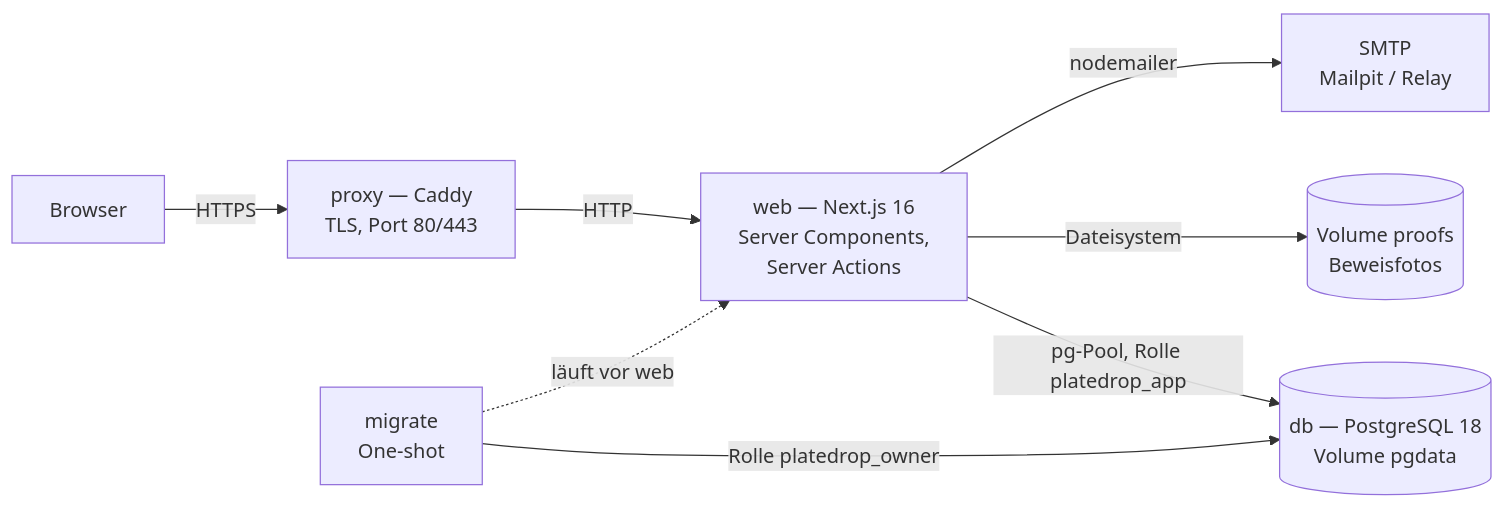
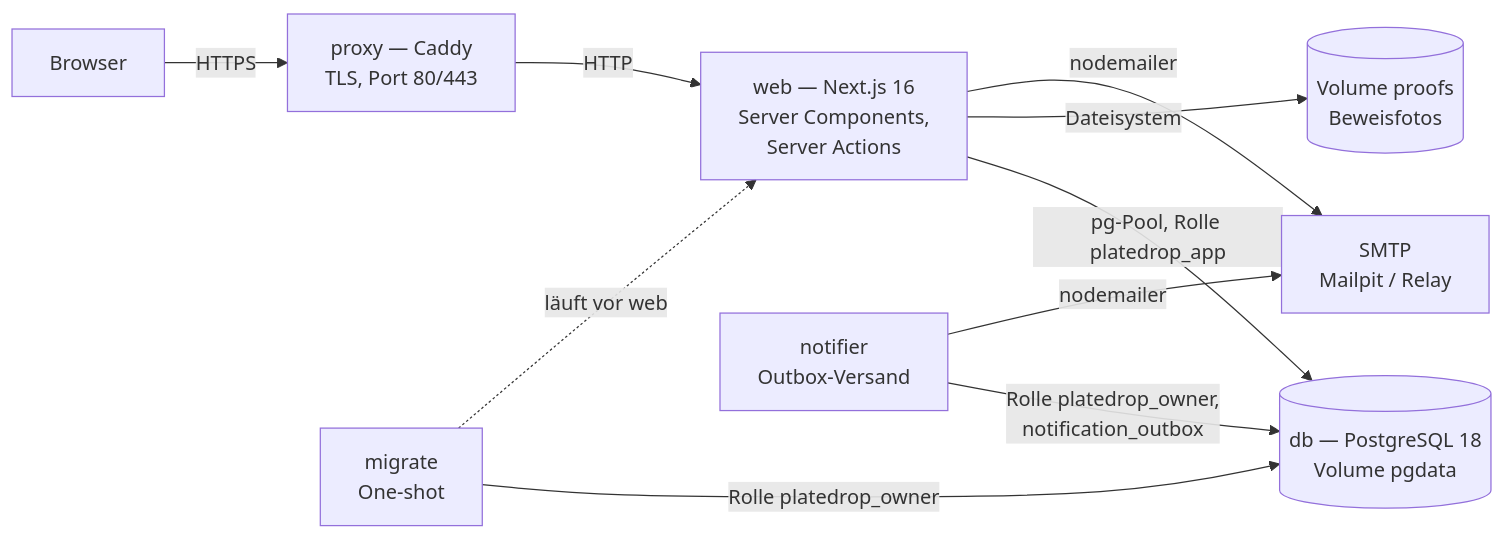
The first of 9 diagrams in docs/architecture.md (mariushuck/PlateDrop), drawn with Mermaid before and after one commit. The commit also changed other lines of this file and 41 other files, not shown here.

````diff
--- a/docs/architecture.md
+++ b/docs/architecture.md
@@ -18,18 +18,21 @@
 ```mermaid
 flowchart LR
     Browser["Browser"]
     Proxy["proxy — Caddy<br/>TLS, Port 80/443"]
     Web["web — Next.js 16<br/>Server Components,<br/>Server Actions"]
     DB[("db — PostgreSQL 18<br/>Volume pgdata")]
     Vol[("Volume proofs<br/>Beweisfotos")]
     SMTP["SMTP<br/>Mailpit / Relay"]
     Migrate["migrate<br/>One-shot"]
+    Notifier["notifier<br/>Outbox-Versand"]
 
     Browser -->|HTTPS| Proxy
     Proxy -->|HTTP| Web
     Web -->|"pg-Pool, Rolle platedrop_app"| DB
     Web -->|Dateisystem| Vol
     Web -->|nodemailer| SMTP
     Migrate -->|"Rolle platedrop_owner"| DB
+    Notifier -->|"Rolle platedrop_owner,<br/>notification_outbox"| DB
+    Notifier -->|nodemailer| SMTP
     Migrate -.->|"läuft vor web"| Web
 ```
````
